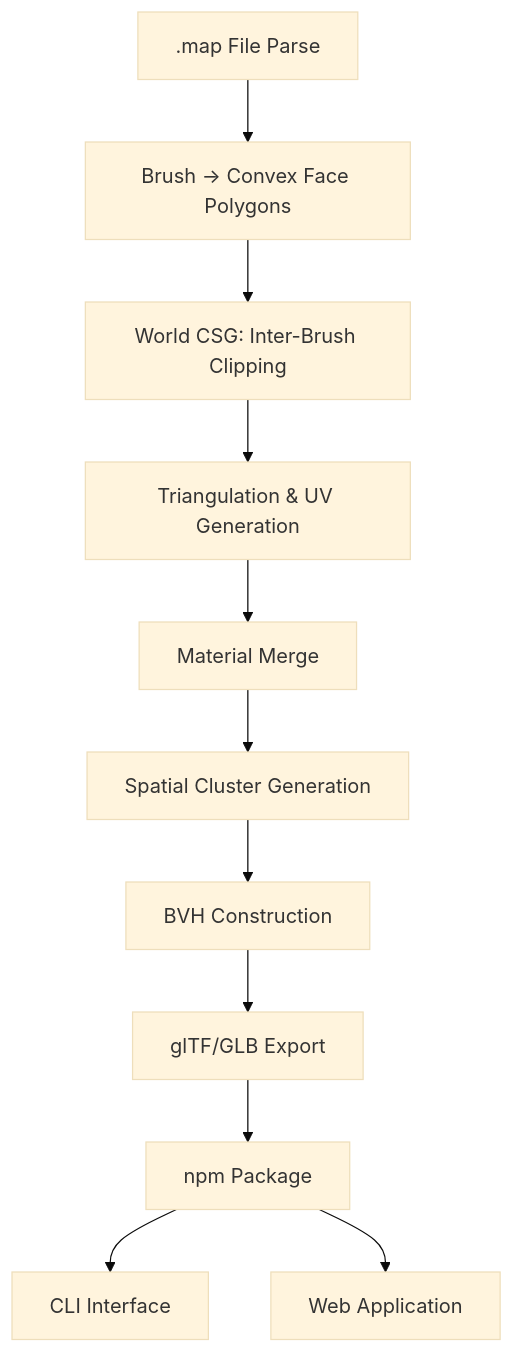
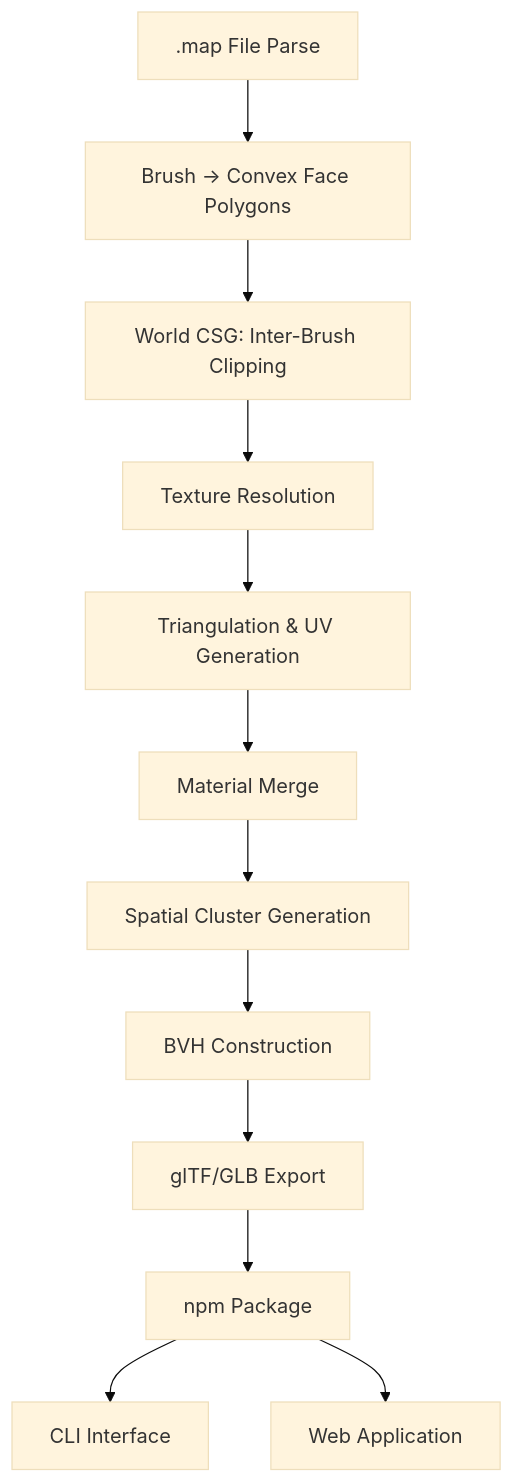
Before and after one commit to mode777/map2gltf: the first of 3 diagrams in spec/spec.md, drawn with Mermaid (base theme). The commit also changed other lines of this file and 35 other files, not shown here.

````diff
--- a/spec/spec.md
+++ b/spec/spec.md
@@ -40,25 +40,27 @@
 ```mermaid
 flowchart TD
     A[".map File Parse"] --> B["Brush → Convex Face Polygons"]
     B --> C["World CSG: Inter-Brush Clipping"]
-    C --> D["Triangulation & UV Generation"]
+    C --> T12["Texture Resolution"]
+    T12 --> D["Triangulation & UV Generation"]
     D --> E["Material Merge"]
     E --> F["Spatial Cluster Generation"]
     F --> G["BVH Construction"]
     G --> H["glTF/GLB Export"]
     H --> I["npm Package"]
     I --> J["CLI Interface"]
     I --> K["Web Application"]
 
     click A "feature/01-map-parsing.md" "Map Parsing"
     click B "feature/02-brush-to-polygons.md" "Brush to Polygons"
     click C "feature/03-world-csg.md" "World CSG"
+    click T12 "feature/12-texture-resolution.md" "Texture Resolution"
     click D "feature/04-triangulation.md" "Triangulation & UVs"
     click E "feature/05-material-merge.md" "Material Merge"
     click F "feature/06-clustering.md" "Clustering"
     click G "feature/07-bvh-construction.md" "BVH Construction"
     click H "feature/08-binary-export.md" "Binary Export"
     click I "feature/09-npm-package.md" "npm Package"
     click J "feature/10-cli-interface.md" "CLI Interface"
     click K "feature/11-web-application.md" "Web Application"
 ```
````
